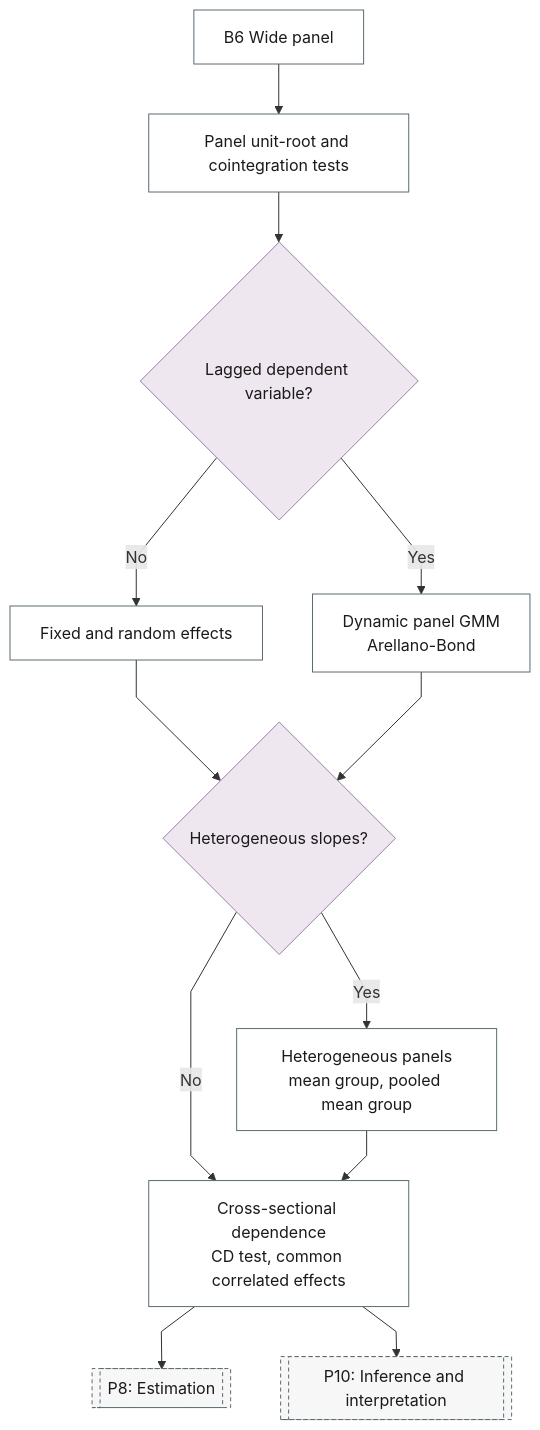
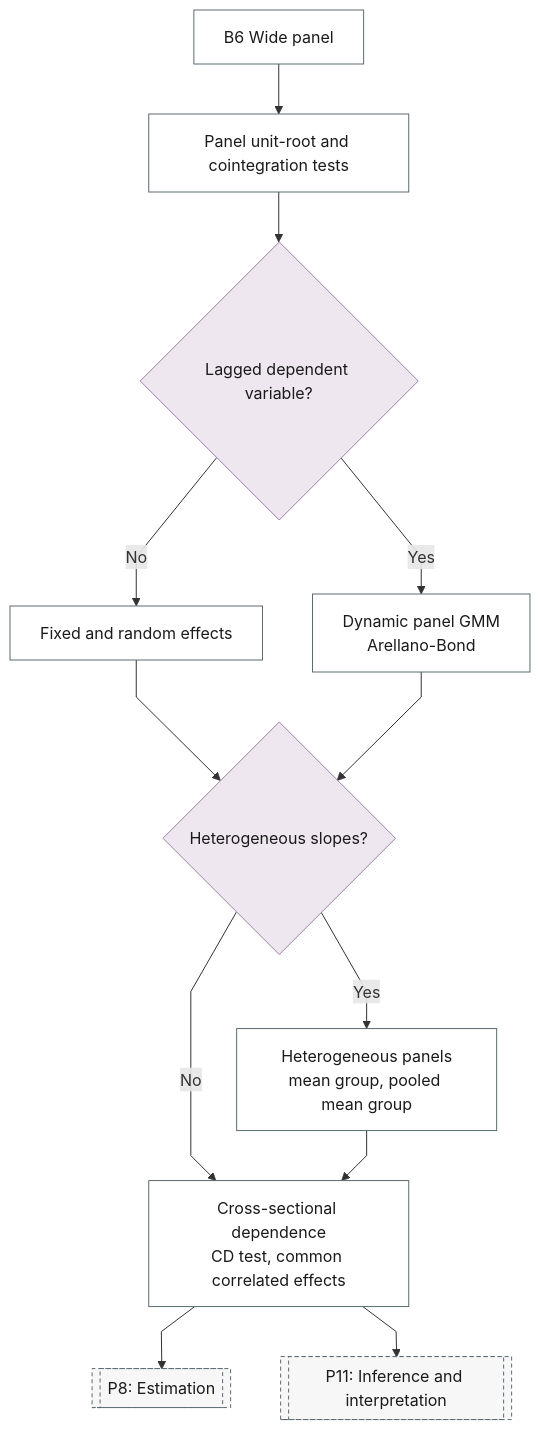
The diagram in docs/reference/32-panel-time-series/index.md (Shuxin-Y/time-series-analysis-manual), drawn with Mermaid before and after one commit. The commit also changed 75 other files, not shown here.

````diff
--- a/docs/reference/32-panel-time-series/index.md
+++ b/docs/reference/32-panel-time-series/index.md
@@ -7,25 +7,25 @@
 ```mermaid
 %%{init: {"flowchart": {"curve": "linear"}}}%%
 graph TD
     B6["B6 Wide panel"] --> B6_PANEL_UNIT_ROOT["Panel unit-root and cointegration tests"]
     B6_PANEL_UNIT_ROOT --> B6_DYNAMIC{"Lagged dependent variable?"}
     B6_DYNAMIC -->|"No"| B6_STATIC_PANEL["Fixed and random effects"]
     B6_DYNAMIC -->|"Yes"| B6_DYNAMIC_PANEL["Dynamic panel GMM<br/>Arellano-Bond"]
     B6_STATIC_PANEL & B6_DYNAMIC_PANEL --> B6_HETERO{"Heterogeneous slopes?"}
     B6_HETERO -->|"Yes"| B6_HETEROGENEOUS["Heterogeneous panels<br/>mean group, pooled mean group"]
     B6_HETERO -->|"No"| B6_CROSS_SECTION_DEPENDENCE
     B6_HETEROGENEOUS --> B6_CROSS_SECTION_DEPENDENCE["Cross-sectional dependence<br/>CD test, common correlated effects"]
     B6_CROSS_SECTION_DEPENDENCE --> P8[["P8: Estimation"]]
-    B6_CROSS_SECTION_DEPENDENCE --> P10[["P10: Inference and interpretation"]]
+    B6_CROSS_SECTION_DEPENDENCE --> P11[["P11: Inference and interpretation"]]
     class B6_DYNAMIC,B6_HETERO decision
     class B6,B6_PANEL_UNIT_ROOT,B6_STATIC_PANEL,B6_DYNAMIC_PANEL,B6_HETEROGENEOUS,B6_CROSS_SECTION_DEPENDENCE process
-    class P8,P10 ref
+    class P8,P11 ref
     classDef terminator fill:#E6F2F7,stroke:#007BA7,color:#1A1A1A;
     classDef process fill:#FFFFFF,stroke:#5A6B73,color:#1A1A1A;
     classDef decision fill:#EFE7F0,stroke:#9B7FA7,color:#1A1A1A;
     classDef data fill:#FFF4E0,stroke:#C9A55E,color:#1A1A1A;
     classDef good fill:#DCEFD8,stroke:#4A7A3F,color:#1A1A1A;
     classDef escalate fill:#FFE9C2,stroke:#C9A55E,color:#1A1A1A;
     classDef problem fill:#F2D9DE,stroke:#800020,color:#1A1A1A;
     classDef ref fill:#F7F7F7,stroke:#5A6B73,color:#1A1A1A,stroke-dasharray:4 3;
 ```
````
